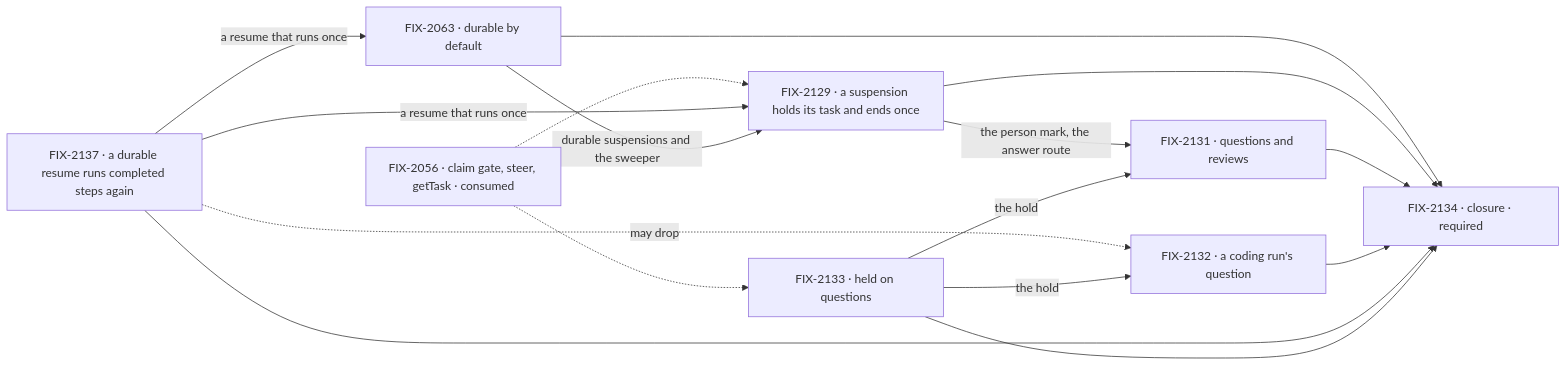
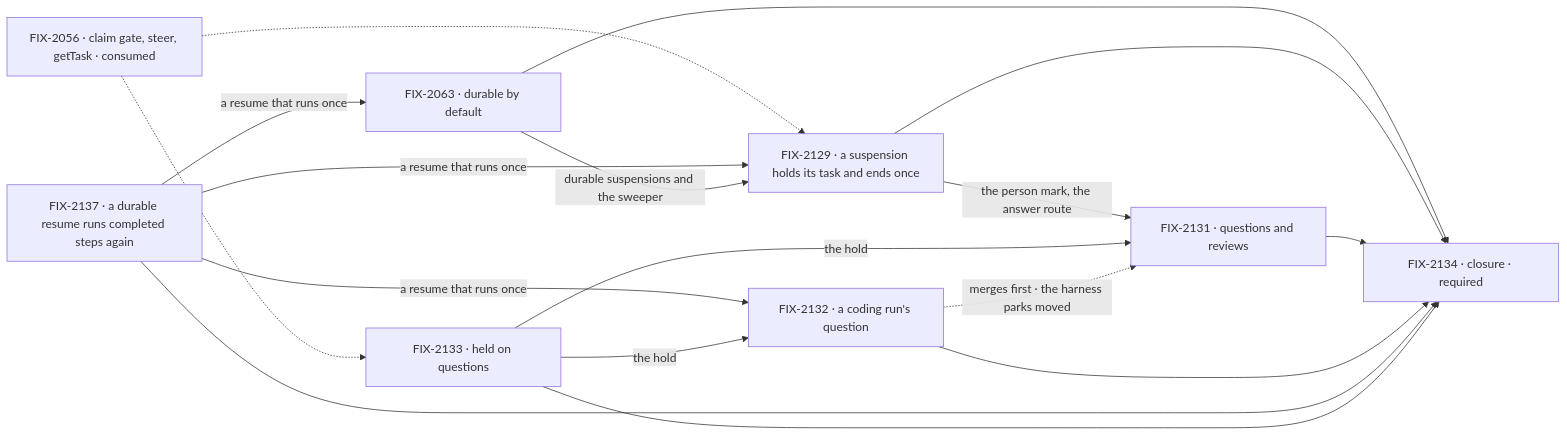
One commit to fixpoint-labs/flow-state-dev changed the second of 2 diagrams in specs/epics/FIX-2058/SPEC.md. Above: the diagram before and after it, drawn with Mermaid. The commit also changed other lines of this file and 4 other files, not shown here.

````diff
--- a/specs/epics/FIX-2058/SPEC.md
+++ b/specs/epics/FIX-2058/SPEC.md
@@ -108,18 +108,19 @@
 ```mermaid
 flowchart LR
   I["FIX-2056 · claim gate, steer, getTask · consumed"] -.-> B
   K["FIX-2137 · a durable resume runs completed steps again"] -->|"a resume that runs once"| A
   K -->|"a resume that runs once"| B
-  K -.->|"may drop"| E
+  K -->|"a resume that runs once"| E
   A["FIX-2063 · durable by default"] -->|"durable suspensions and the sweeper"| B["FIX-2129 · a suspension holds its task and ends once"]
   B -->|"the person mark, the answer route"| D["FIX-2131 · questions and reviews"]
   I -.-> G["FIX-2133 · held on questions"]
   G -->|"the hold"| D
   G -->|"the hold"| E["FIX-2132 · a coding run's question"]
+  E -.->|"merges first · the harness parks moved"| D
   A --> P["FIX-2134 · closure · required"]
   B --> P
   D --> P
   E --> P
   K --> P
   G --> P
 ```
````
